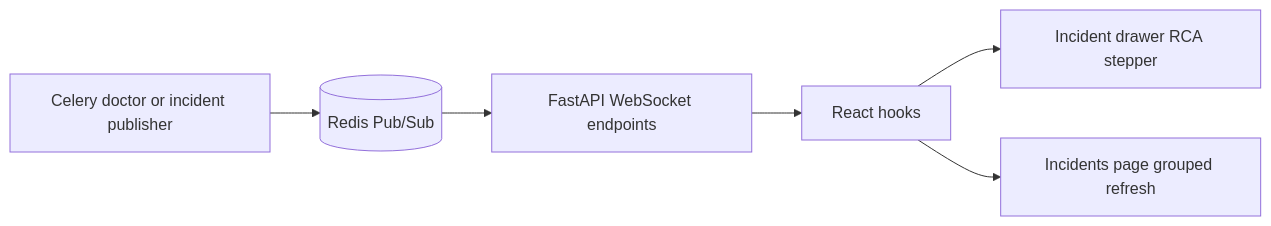
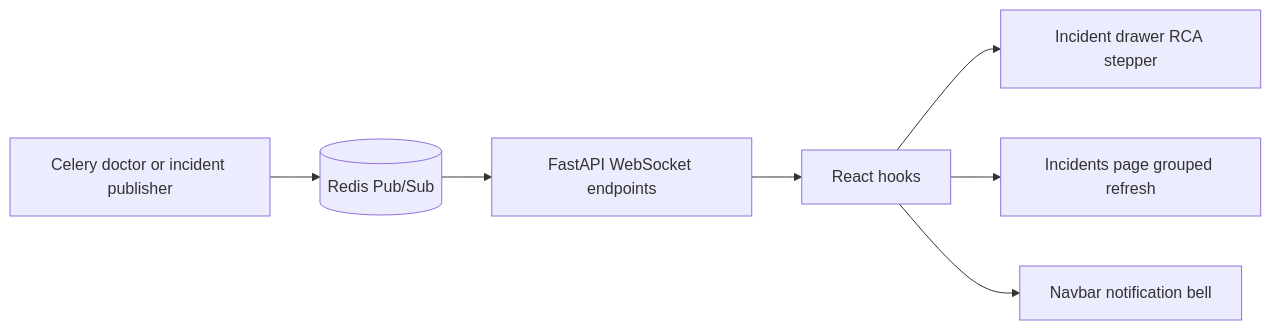
The diagram in docs/realtime_tracing.md (PipelineDoctorProject/pipeline-doctor), drawn with Mermaid before and after one commit. The commit also changed other lines of this file and 136 other files, not shown here.

````diff
--- a/docs/realtime_tracing.md
+++ b/docs/realtime_tracing.md
@@ -12,8 +13,9 @@
 ```mermaid
 flowchart LR
     A[Celery doctor or incident publisher] --> B[(Redis Pub/Sub)]
     B --> C[FastAPI WebSocket endpoints]
     C --> D[React hooks]
     D --> E[Incident drawer RCA stepper]
     D --> F[Incidents page grouped refresh]
+    D --> G[Navbar notification bell]
 ```
````
